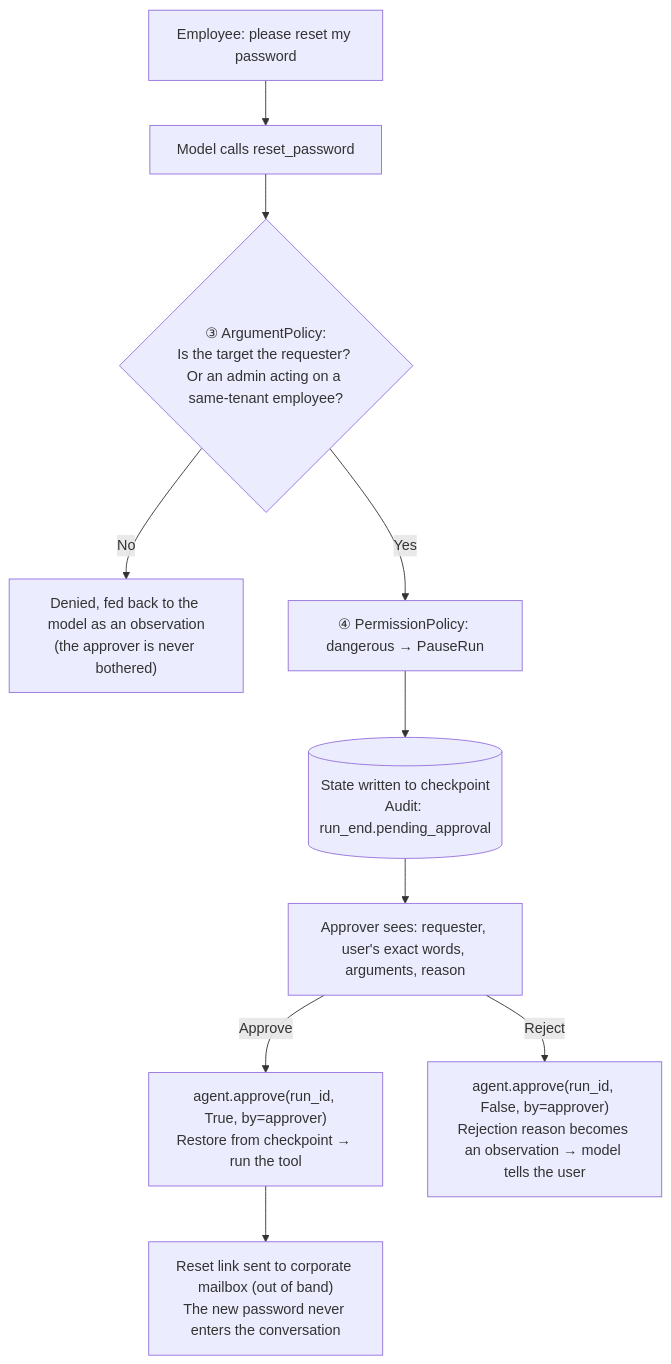
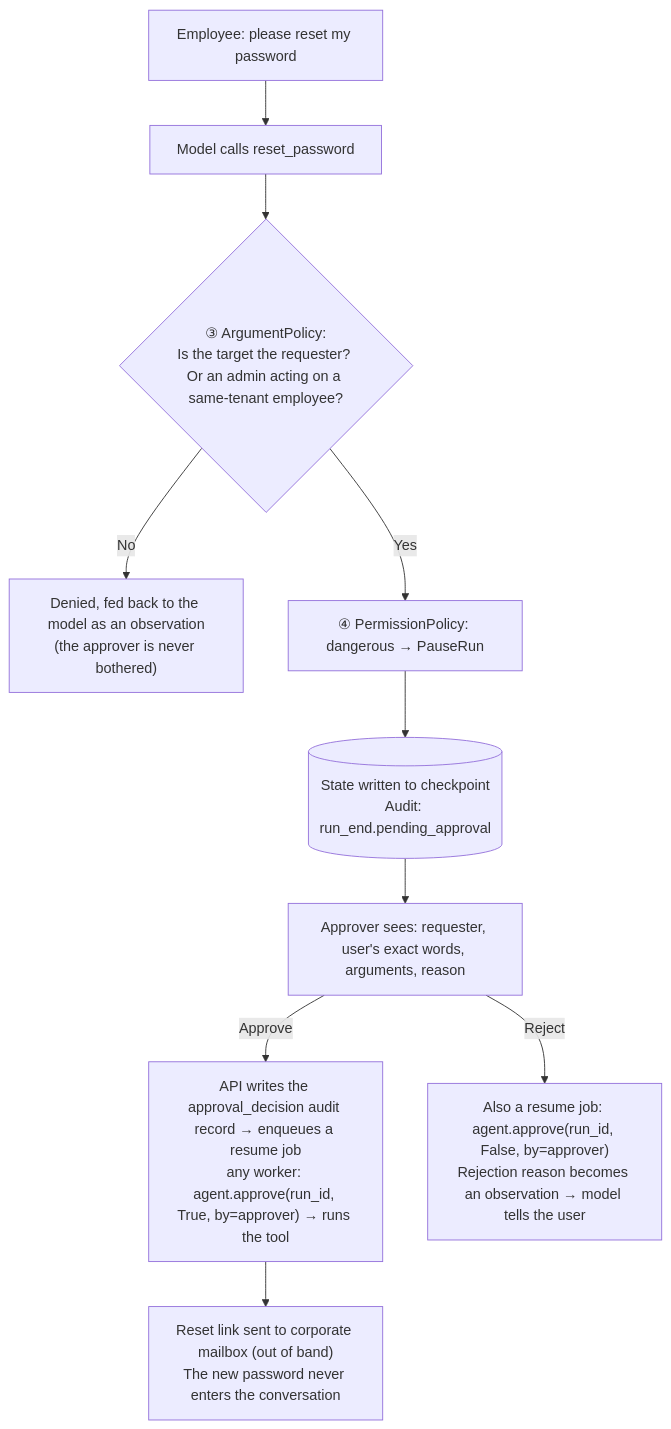
The second of 4 diagrams in capstone/README.en.md (heaven999b/hello-agent-system), drawn with Mermaid before and after one commit. The commit also changed other lines of this file and 21 other files, not shown here.

First line of the commit message:
capstone: ITBuddy as API process + worker processes on SQLite

````diff
--- a/capstone/README.en.md
+++ b/capstone/README.en.md
@@ -100,12 +110,12 @@
 ```mermaid
 flowchart TD
     A["Employee: please reset my password"] --> B["Model calls reset_password"]
     B --> C{"③ ArgumentPolicy:<br/>Is the target the requester? Or an admin acting on a same-tenant employee?"}
     C -->|"No"| D["Denied, fed back to the model as an observation<br/>(the approver is never bothered)"]
     C -->|"Yes"| E["④ PermissionPolicy: dangerous → PauseRun"]
     E --> F[("State written to checkpoint<br/>Audit: run_end.pending_approval")]
     F --> G["Approver sees: requester, user's exact words, arguments, reason"]
-    G -->|"Approve"| H["agent.approve(run_id, True, by=approver)<br/>Restore from checkpoint → run the tool"]
-    G -->|"Reject"| I["agent.approve(run_id, False, by=approver)<br/>Rejection reason becomes an observation → model tells the user"]
+    G -->|"Approve"| H["API writes the approval_decision audit record → enqueues a resume job<br/>any worker: agent.approve(run_id, True, by=approver) → runs the tool"]
+    G -->|"Reject"| I["Also a resume job: agent.approve(run_id, False, by=approver)<br/>Rejection reason becomes an observation → model tells the user"]
     H --> J["Reset link sent to corporate mailbox (out of band)<br/>The new password never enters the conversation"]
 ```
````
